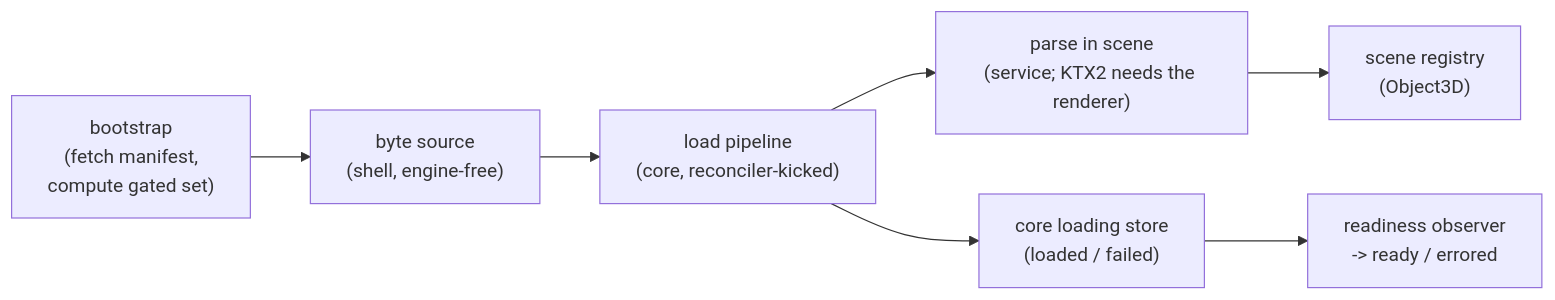
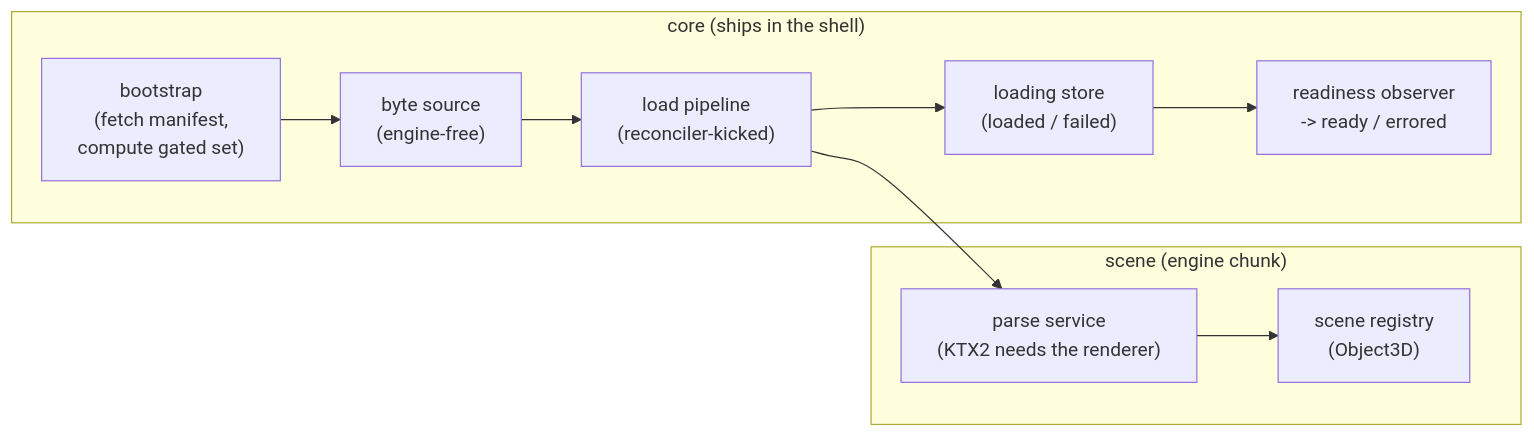
One commit to christopher-r-anderson/room-layout changed the second of 2 diagrams in docs/architecture/startup-and-asset-loading.md. Above: the diagram before and after it, drawn with Mermaid. The commit also changed other lines of this file and 1 other file, not shown here.

First line of the commit message:
docs(startup): split the app load from the collection pipeline

````diff
--- a/docs/architecture/startup-and-asset-loading.md
+++ b/docs/architecture/startup-and-asset-loading.md
@@ -50,9 +82,13 @@
 ```mermaid
 flowchart LR
-  boot["bootstrap\n(fetch manifest,\ncompute gated set)"] --> bytes["byte source\n(shell, engine-free)"]
-  bytes --> pipeline["load pipeline\n(core, reconciler-kicked)"]
-  pipeline --> parse["parse in scene\n(service; KTX2 needs the renderer)"]
-  parse --> registry["scene registry\n(Object3D)"]
-  pipeline --> store["core loading store\n(loaded / failed)"]
-  store --> ready["readiness observer\n-> ready / errored"]
+  subgraph core["core (ships in the shell)"]
+    boot["bootstrap\n(fetch manifest,\ncompute gated set)"] --> bytes["byte source\n(engine-free)"]
+    bytes --> pipeline["load pipeline\n(reconciler-kicked)"]
+    pipeline --> store["loading store\n(loaded / failed)"]
+    store --> readiness["readiness observer\n-> ready / errored"]
+  end
+  subgraph scene["scene (engine chunk)"]
+    parse["parse service\n(KTX2 needs the renderer)"] --> registry["scene registry\n(Object3D)"]
+  end
+  pipeline --> parse
 ```
````
